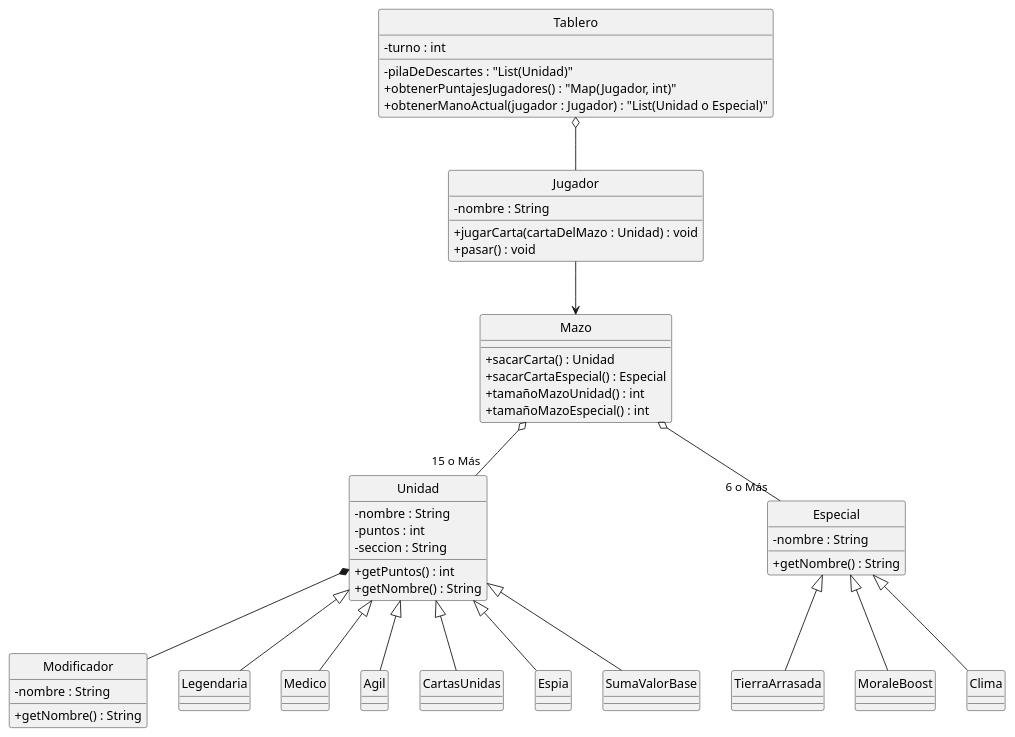
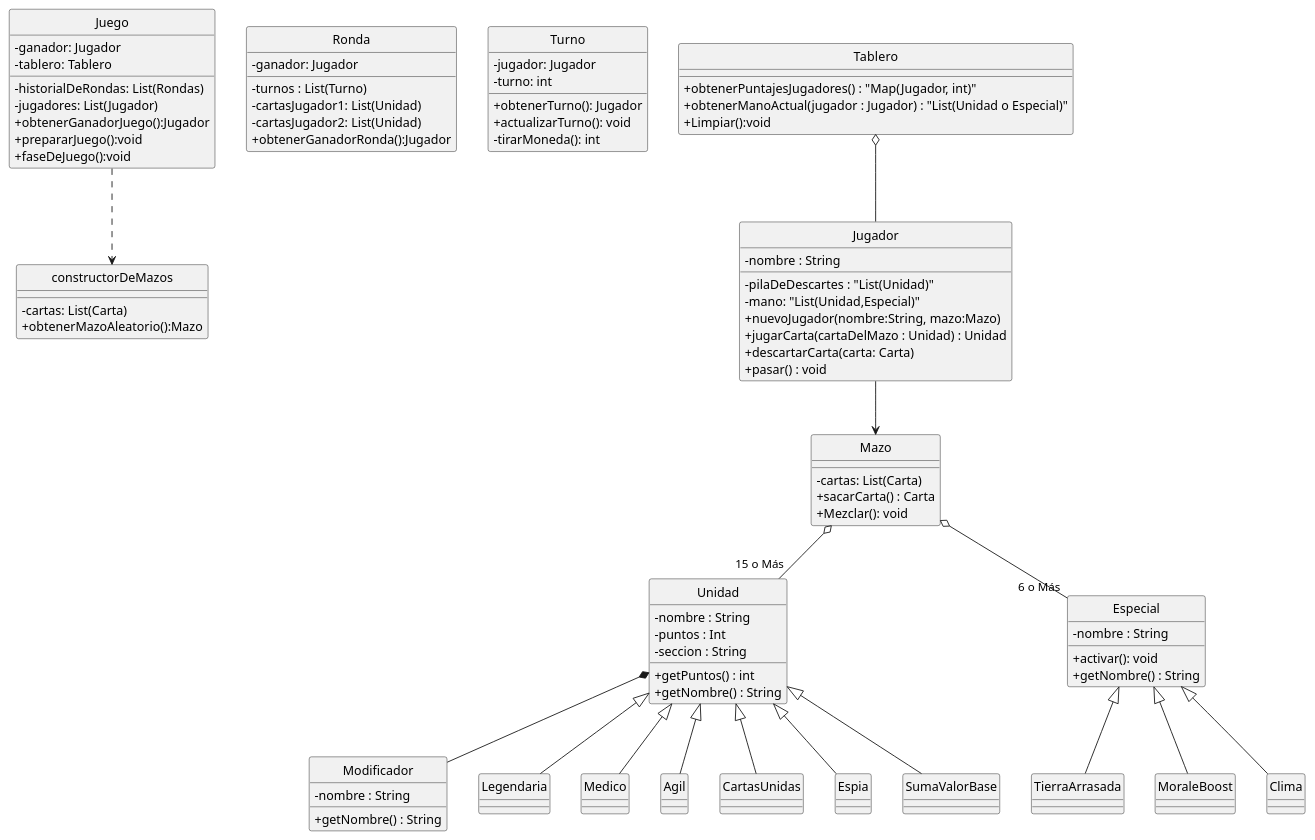
One commit to EnriHeller/Paradigmas-TP2-G07 changed the diagram in diagrams/classes/general.plantuml. Above: the diagram before and after it, drawn with PlantUML.

Commit message:
avances sobre diagrama de clases

```diff
--- a/diagrams/classes/general.plantuml
+++ b/diagrams/classes/general.plantuml
@@ -1,61 +1,95 @@
 @startuml
 hide circle
 skinparam classAttributeIconSize 0
 
+class Juego{
+    -historialDeRondas: List(Rondas)
+    -jugadores: List(Jugador)
+    -ganador: Jugador
+    -tablero: Tablero
+    +obtenerGanadorJuego():Jugador
+    +prepararJuego():void
+    +faseDeJuego():void
+}
+
+class Ronda{
+    -ganador: Jugador
+    -turnos : List(Turno)
+    -cartasJugador1: List(Unidad)
+    -cartasJugador2: List(Unidad)
+    +obtenerGanadorRonda():Jugador
+}
+
+class Turno{
+    -jugador: Jugador
+    -turno: int
+    +obtenerTurno(): Jugador
+    +actualizarTurno(): void
+    -tirarMoneda(): int
+}
+
 class Jugador {
     -nombre : String
-    +jugarCarta(cartaDelMazo : Unidad) : void
+    -pilaDeDescartes : "List(Unidad)"
+    -mano: "List(Unidad,Especial)"
+    +nuevoJugador(nombre:String, mazo:Mazo)
+    +jugarCarta(cartaDelMazo : Unidad) : Unidad
+    +descartarCarta(carta: Carta)
     +pasar() : void
 }
 
+class constructorDeMazos{
+    -cartas: List(Carta)
+    +obtenerMazoAleatorio():Mazo
+}
+
 class Mazo {
-    +sacarCarta() : Unidad
-    +sacarCartaEspecial() : Especial
-    +tamañoMazoUnidad() : int
-    +tamañoMazoEspecial() : int
+    -cartas: List(Carta)
+    +sacarCarta() : Carta
+    +Mezclar(): void
 }
 
 class Tablero {
-    -turno : int
-    -pilaDeDescartes : "List(Unidad)"
     +obtenerPuntajesJugadores() : "Map(Jugador, int)"
     +obtenerManoActual(jugador : Jugador) : "List(Unidad o Especial)"
+    +Limpiar():void
 }
 
 class Unidad {
     -nombre : String
-    -puntos : int
+    -puntos : Int
     -seccion : String
     +getPuntos() : int
     +getNombre() : String
 }
 
 class Especial {
     -nombre : String
+    +activar(): void
     +getNombre() : String
 }
 
 class TierraArrasada extends Especial
 class MoraleBoost extends Especial
 class Clima extends Especial
 
 class Modificador {
     -nombre : String
     +getNombre() : String
 }
 
 class Legendaria extends Unidad
 class Medico extends Unidad
 class Agil extends Unidad
 class CartasUnidas extends Unidad
 class Espia extends Unidad
 class SumaValorBase extends Unidad
 
-
+Juego ..> constructorDeMazos
 Jugador --> Mazo
 Tablero o-- Jugador
 Mazo o-- "6 o Más" Especial
 Mazo o-- "15 o Más" Unidad
 Unidad *-- Modificador
 
 @enduml
```
